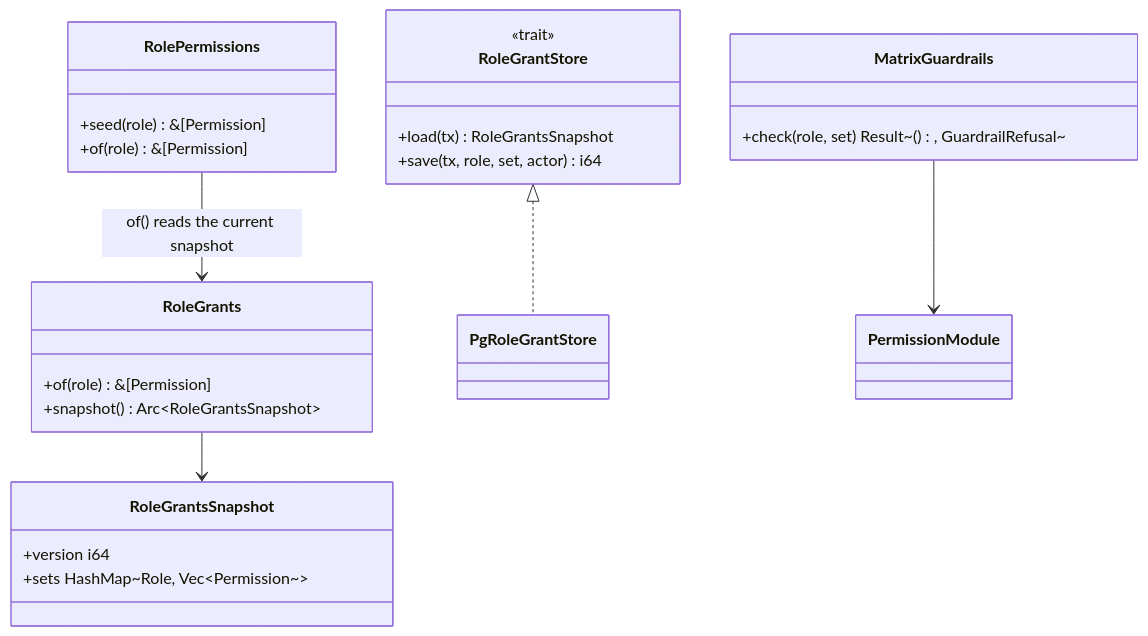
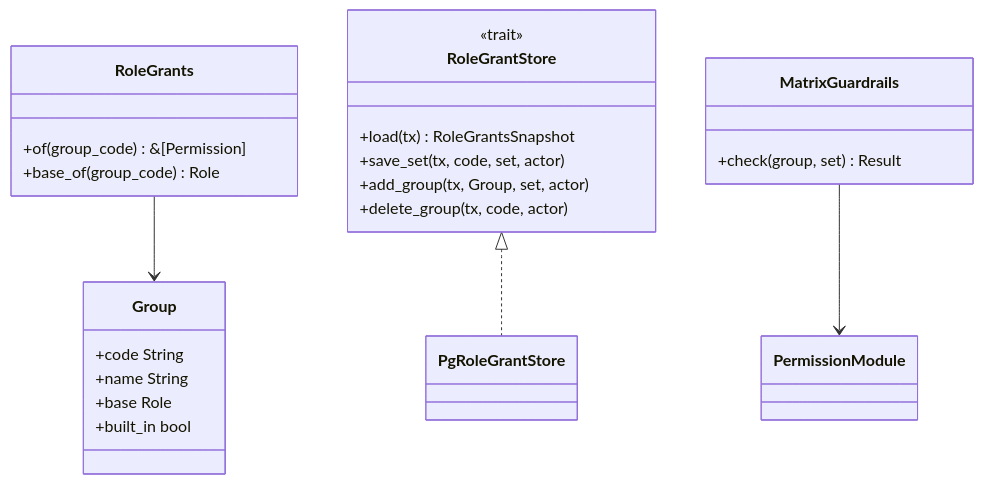
The second of 2 diagrams in docs/design/blueprint/user-management-rbac.md (yuthstyle88/xchange-dev), drawn with Mermaid before and after one commit. The commit also changed other lines of this file, not shown here.

````diff
--- a/docs/design/blueprint/user-management-rbac.md
+++ b/docs/design/blueprint/user-management-rbac.md
@@ -585,28 +618,27 @@
 ```mermaid
 classDiagram
+  class Group {
+    +code String
+    +name String
+    +base Role
+    +built_in bool
+  }
   class RoleGrants {
-    +of(role) &[Permission]
-    +snapshot() Arc~RoleGrantsSnapshot~
-  }
-  class RoleGrantsSnapshot {
-    +version i64
-    +sets HashMap~Role, Vec~Permission~~
+    +of(group_code) &[Permission]
+    +base_of(group_code) Role
   }
   class RoleGrantStore {
     <<trait>>
     +load(tx) RoleGrantsSnapshot
-    +save(tx, role, set, actor) i64
+    +save_set(tx, code, set, actor)
+    +add_group(tx, Group, set, actor)
+    +delete_group(tx, code, actor)
   }
   class PgRoleGrantStore
   class MatrixGuardrails {
-    +check(role, set) Result~(), GuardrailRefusal~
-  }
-  class RolePermissions {
-    +seed(role) &[Permission]
-    +of(role) &[Permission]
+    +check(group, set) Result
   }
   RoleGrantStore <|.. PgRoleGrantStore
-  RoleGrants --> RoleGrantsSnapshot
-  RolePermissions --> RoleGrants : of() reads the current snapshot
+  RoleGrants --> Group
   MatrixGuardrails --> PermissionModule
 ```
````
